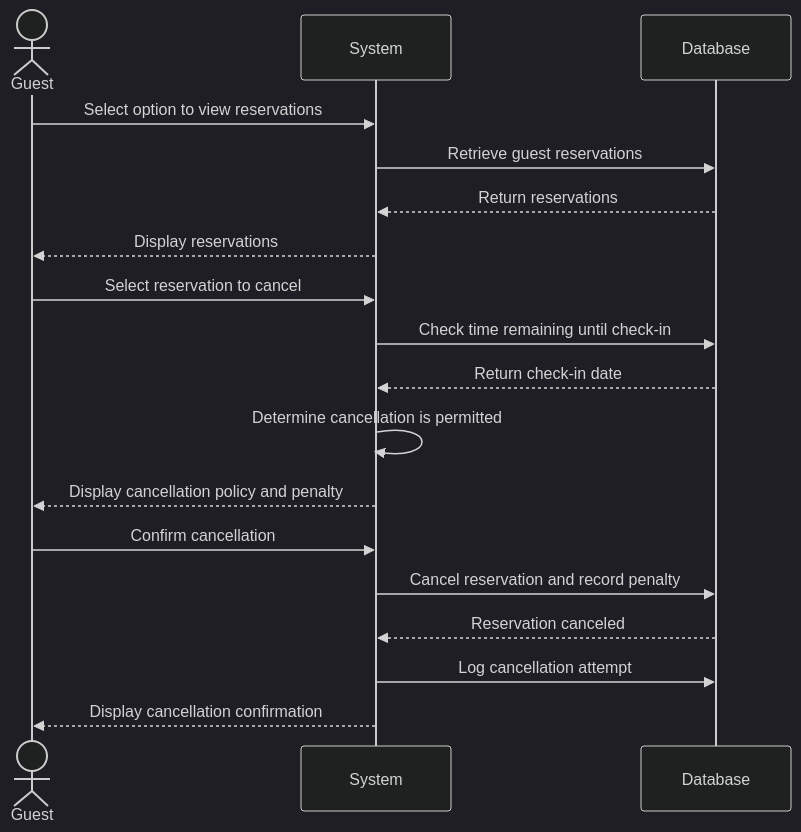
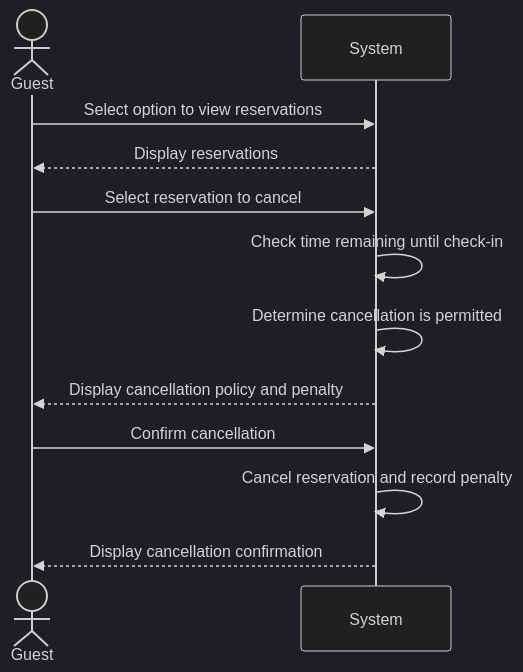
Before and after one commit to JaceYar/Software1-Proj: the diagram in Documentation/User-Cases/CancelReservation.md, drawn with Mermaid (dark theme). The commit also changed 11 other files, not shown here.

Commit message:
fix the diagrams

````diff
--- a/Documentation/User-Cases/CancelReservation.md
+++ b/Documentation/User-Cases/CancelReservation.md
@@ -11,21 +11,15 @@
 ```mermaid
 sequenceDiagram
     actor Guest
     participant System
-    participant Database
 
     Guest->>System: Select option to view reservations
-    System->>Database: Retrieve guest reservations
-    Database-->>System: Return reservations
     System-->>Guest: Display reservations
     Guest->>System: Select reservation to cancel
-    System->>Database: Check time remaining until check-in
-    Database-->>System: Return check-in date
+    System->>System: Check time remaining until check-in
     System->>System: Determine cancellation is permitted
     System-->>Guest: Display cancellation policy and penalty
     Guest->>System: Confirm cancellation
-    System->>Database: Cancel reservation and record penalty
-    Database-->>System: Reservation canceled
-    System->>Database: Log cancellation attempt
+    System->>System: Cancel reservation and record penalty
     System-->>Guest: Display cancellation confirmation
 ```
````
